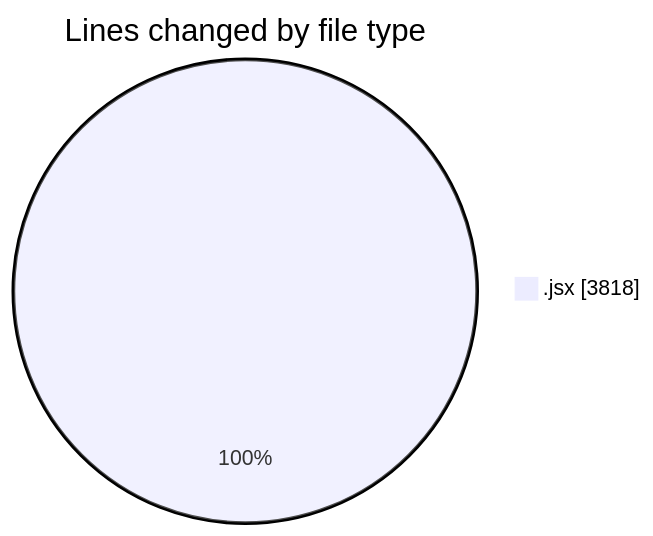
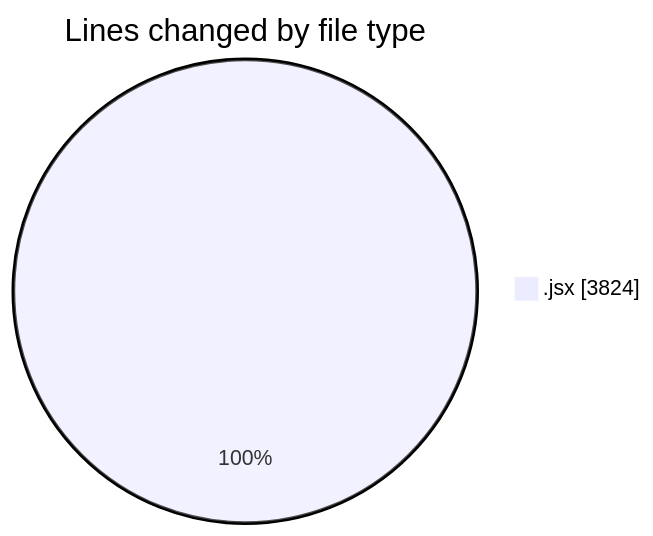
The first of 2 diagrams in 2025-10-14/nxtqube_webapp/README.md (nxtqubesakshisongat/code-tracking), drawn with Mermaid before and after one commit. The commit also changed other lines of this file and 1 other file, not shown here.

````diff
--- a/2025-10-14/nxtqube_webapp/README.md
+++ b/2025-10-14/nxtqube_webapp/README.md
@@ -21,5 +21,5 @@
 ```mermaid
 pie showData
 title Lines changed by file type
-".jsx" : 3818
+".jsx" : 3824
 ```
````
